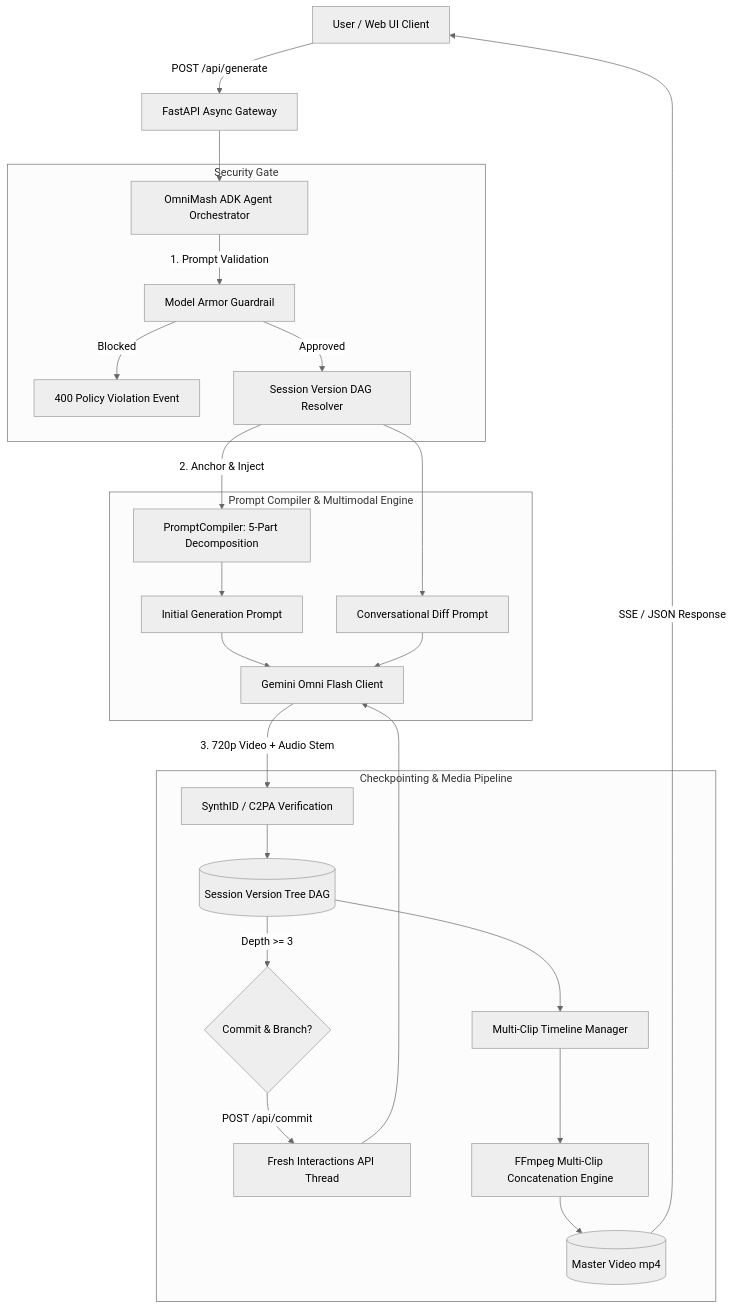
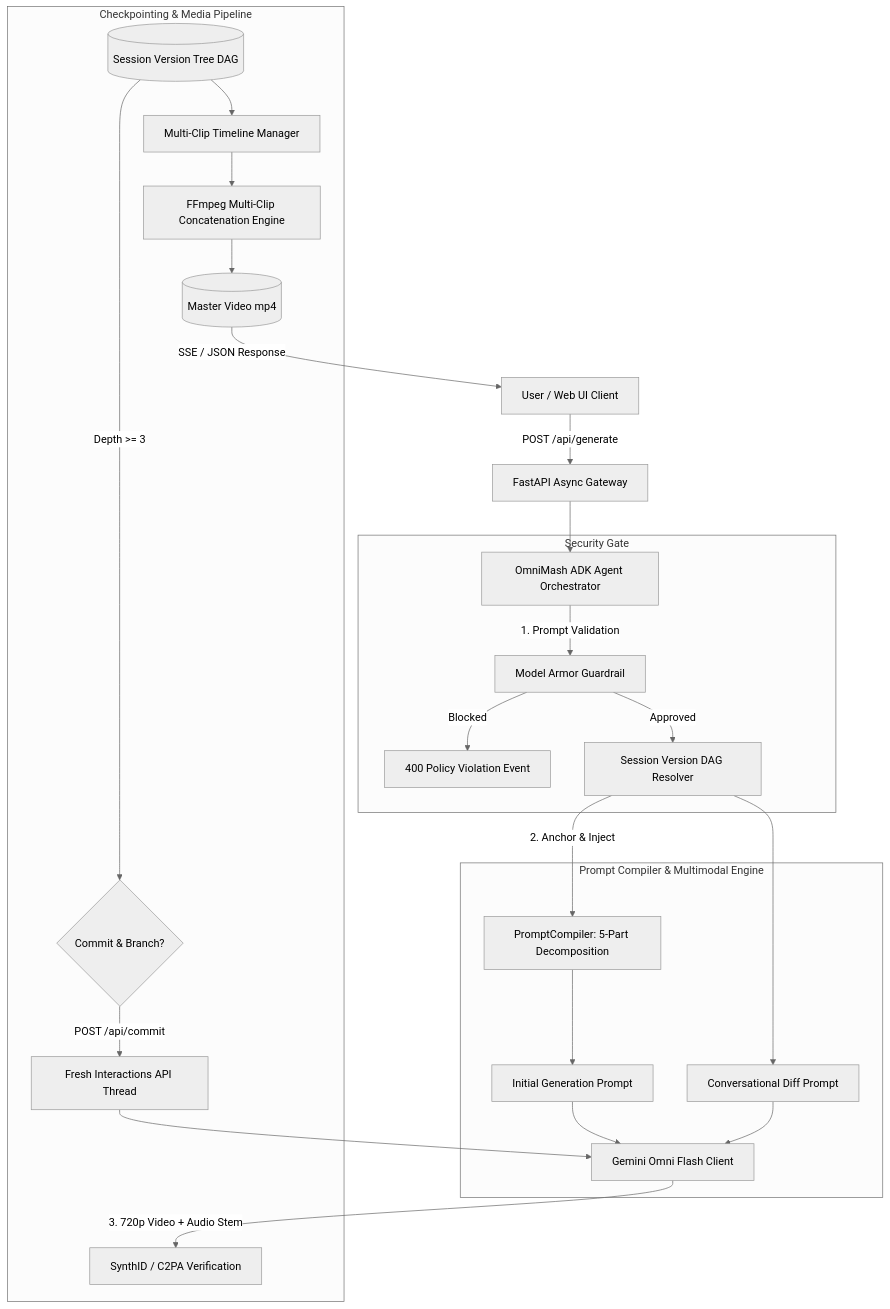
One commit to tottenjordan/omnimash changed the diagram in README.md. Above: the diagram before and after it, drawn with Mermaid (neutral theme). The commit also changed other lines of this file and 3 other files, not shown here.

Commit message:
docs(diagrams): add PaperBanana publication-quality GCP deployment patterns diagram and doc

````diff
--- a/README.md
+++ b/README.md
@@ -66,33 +66,33 @@
 ```mermaid
 graph TD
     User["User / Web UI Client"] -->|POST /api/generate| API["FastAPI Async Gateway"]
     API --> Agent["OmniMash ADK Agent Orchestrator"]
     
     subgraph SecurityGate["Security Gate"]
         Agent -->|1. Prompt Validation| Guard["Model Armor Guardrail"]
         Guard -->|Blocked| Reject["400 Policy Violation Event"]
         Guard -->|Approved| SessionState["Session Version DAG Resolver"]
     end
 
     subgraph PromptEngine["Prompt Compiler & Multimodal Engine"]
         SessionState -->|2. Anchor & Inject| Compiler["PromptCompiler: 5-Part Decomposition"]
         Compiler --> TaxInitial["Initial Generation Prompt"]
         SessionState --> TaxDelta["Conversational Diff Prompt"]
         
         TaxInitial --> Omni["Gemini Omni Flash Client"]
         TaxDelta --> Omni
     end
 
     subgraph MediaPipeline["Checkpointing & Media Pipeline"]
         Omni -->|3. 720p Video + Audio Stem| Watermark["SynthID / C2PA Verification"]
-        Watermark --> DAGStore[("Session Version Tree DAG")]
+        DAGStore[("Session Version Tree DAG")]
         DAGStore -->|"Depth >= 3"| CommitGate{"Commit & Branch?"}
         CommitGate -->|POST /api/commit| ReAnchor["Fresh Interactions API Thread"]
         ReAnchor --> Omni
         DAGStore --> Timeline["Multi-Clip Timeline Manager"]
         Timeline --> Stitcher["FFmpeg Multi-Clip Concatenation Engine"]
         Stitcher --> MasterVideo[("Master Video mp4")]
     end
 
     MasterVideo -->|SSE / JSON Response| User
 ```
````
